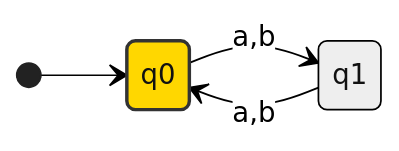
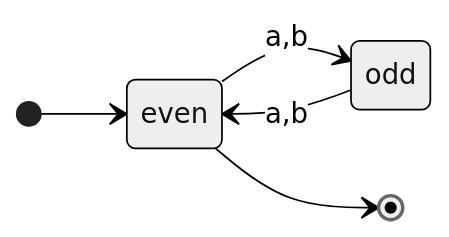
The second of 3 diagrams in content/thoughts/DFA.md (aarnphm/aarnphm.github.io), drawn with Mermaid (neutral theme) before and after one commit. The commit also changed other lines of this file and 10 other files, not shown here.

````diff
--- a/content/thoughts/DFA.md
+++ b/content/thoughts/DFA.md
@@ -193,16 +152,10 @@
 ```mermaid
 stateDiagram-v2
     direction LR
-    classDef accepting fill:#4CAF50,stroke:#333,stroke-width:2px
-    classDef start fill:#FFD700,stroke:#333,stroke-width:2px
-
-    s0: q0
-    s1: q1
-
+    s0: even
+    s1: odd
     [*] --> s0
     s0 --> s1: a,b
     s1 --> s0: a,b
-
-    class s0 accepting
-    class s0 start
+    s0 --> [*]
 ```
````
